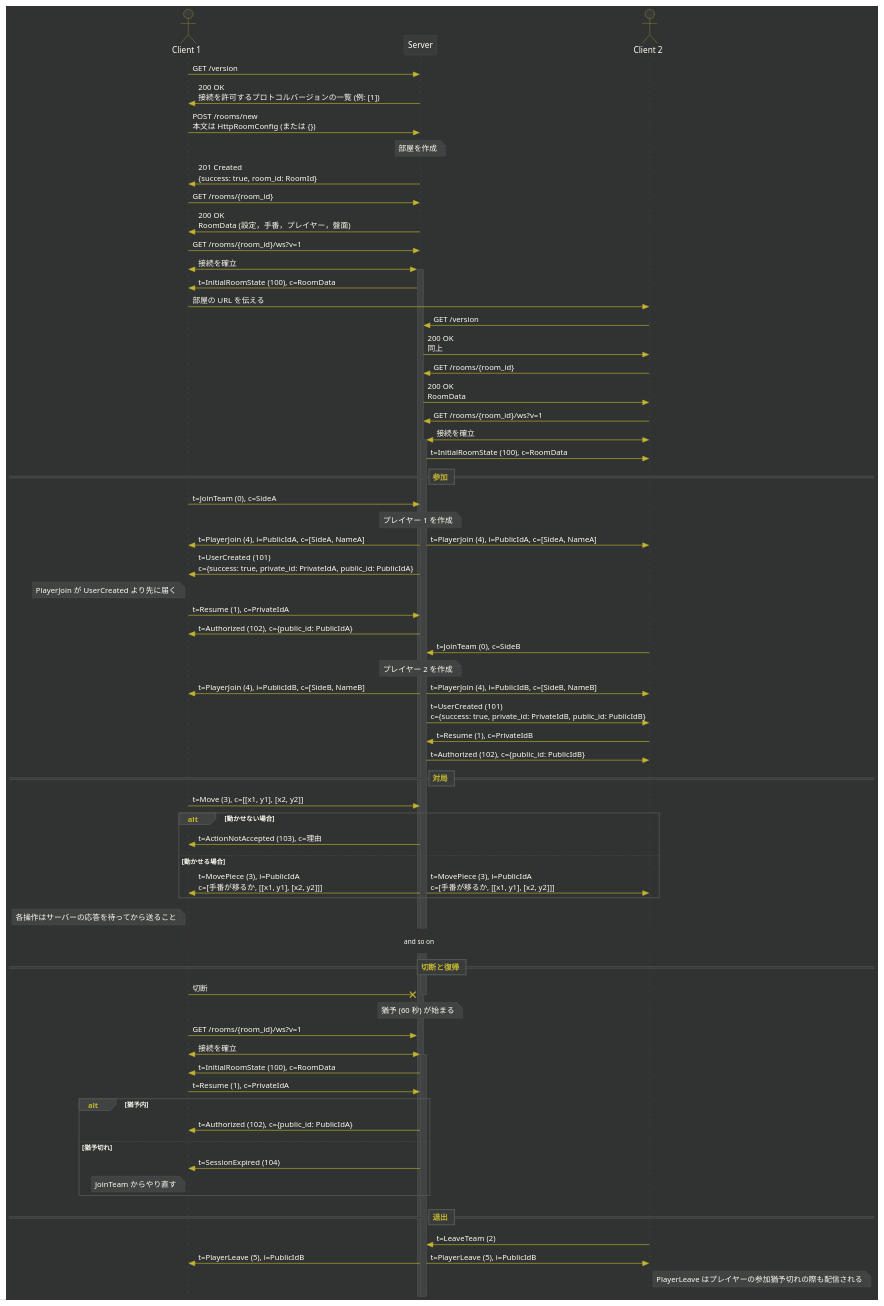
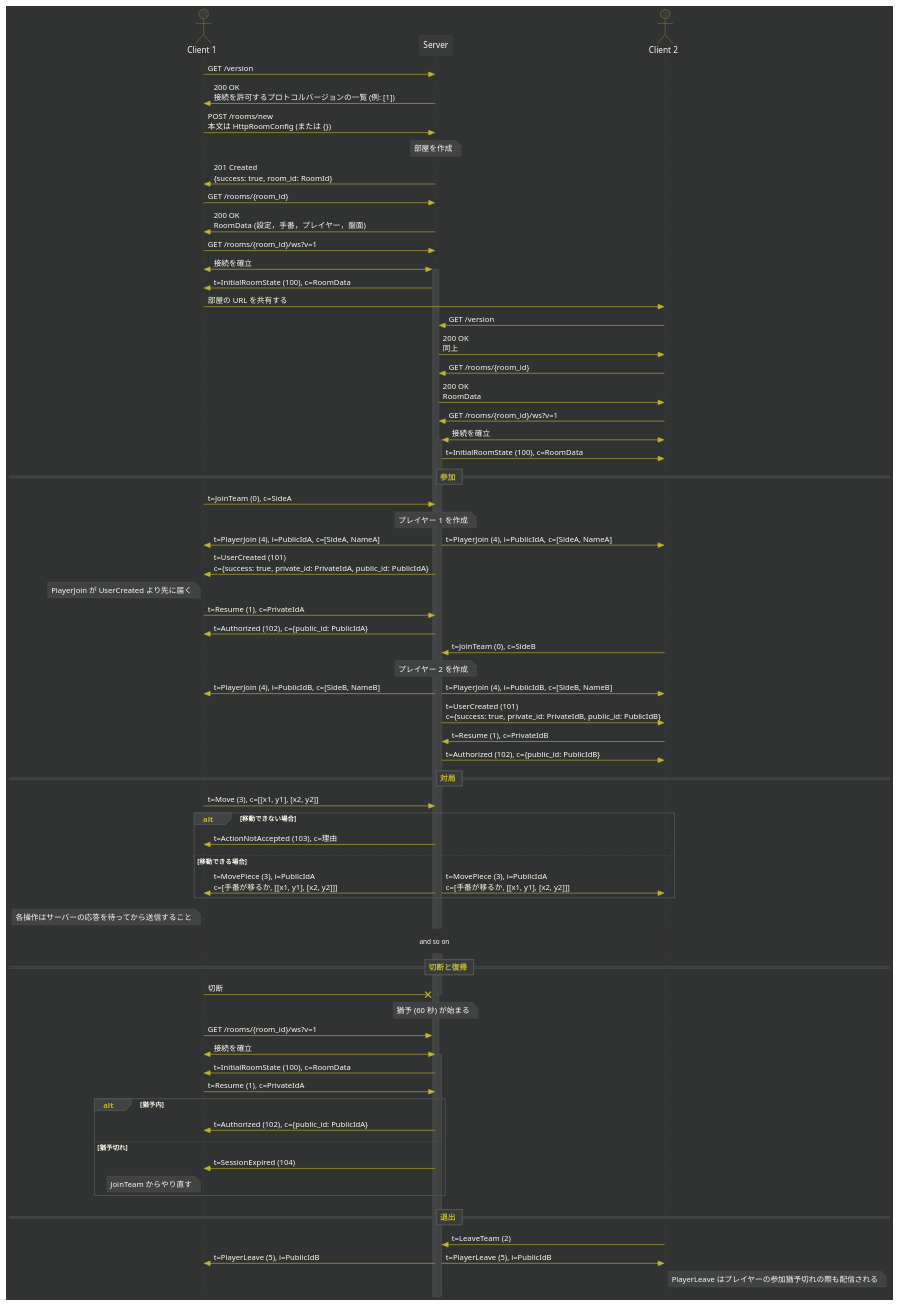
The diagram in res/procedure.pu (yuto0214w/numbers-server), drawn with PlantUML before and after one commit. The commit also changed 5 other files, not shown here.

```diff
--- a/res/procedure.pu
+++ b/res/procedure.pu
@@ -1,144 +1,144 @@
 @startuml name
 
 !pragma teoz true
 
 skinparam style strictuml
 
 <style>
 root {
   BackGroundColor #313332
   FontColor #fffef3
   FontName sans-serif
   LineColor #505452
   Shadowing 0
 }
 sequenceDiagram {
   participant {
     BackGroundColor #393b3a
     LineColor #505452
     FontColor #fffef3
     RoundCorner 6
   }
   actor {
     BackGroundColor #393b3a
     LineColor #c3b531
     FontColor #fffef3
   }
   lifeLine {
     BackGroundColor #414342
     LineColor #505452
   }
   arrow {
     LineColor #c3b531
     FontColor #fffef3
   }
   note {
     BackGroundColor #414342
     LineColor #505452
     FontColor #fffef3
   }
   group {
     LineColor #505452
     FontColor #fffef3
   }
   groupHeader {
     BackGroundColor #414342
     LineColor #505452
     FontColor #c3b531
   }
   separator {
     BackGroundColor #393b3a
     LineColor #505452
     FontColor #c3b531
   }
   delay {
     FontColor #fffef3
     LineColor #505452
   }
 }
 </style>
 
 actor "Client 1" as A
 participant Server
 actor "Client 2" as B
 
 A -> Server: GET /version
 Server -> A: 200 OK\n接続を許可するプロトコルバージョンの一覧 (例: [1])
 A -> Server: POST /rooms/new\n本文は HttpRoomConfig (または {})
 note over Server: 部屋を作成
 Server -> A: 201 Created\n{success: true, room_id: RoomId}
 A -> Server: GET /rooms/{room_id}
 Server -> A: 200 OK\nRoomData (設定，手番，プレイヤー，盤面)
 A -> Server: GET /rooms/{room_id}/ws?v=1
 A <-> Server: 接続を確立
 activate Server
 Server -> A: t=InitialRoomState (100), c=RoomData
 
-A -> B: 部屋の URL を伝える
+A -> B: 部屋の URL を共有する
 
 B -> Server: GET /version
 Server -> B: 200 OK\n同上
 B -> Server: GET /rooms/{room_id}
 Server -> B: 200 OK\nRoomData
 B -> Server: GET /rooms/{room_id}/ws?v=1
 B <-> Server: 接続を確立
 activate Server
 Server -> B: t=InitialRoomState (100), c=RoomData
 
 == 参加 ==
 
 A -> Server: t=JoinTeam (0), c=SideA
 note over Server: プレイヤー 1 を作成
 Server -> A: t=PlayerJoin (4), i=PublicIdA, c=[SideA, NameA]
 & Server -> B: t=PlayerJoin (4), i=PublicIdA, c=[SideA, NameA]
 Server -> A: t=UserCreated (101)\nc={success: true, private_id: PrivateIdA, public_id: PublicIdA}
 note left of A: PlayerJoin が UserCreated より先に届く
 A -> Server: t=Resume (1), c=PrivateIdA
 Server -> A: t=Authorized (102), c={public_id: PublicIdA}
 
 B -> Server: t=JoinTeam (0), c=SideB
 note over Server: プレイヤー 2 を作成
 Server -> A: t=PlayerJoin (4), i=PublicIdB, c=[SideB, NameB]
 & Server -> B: t=PlayerJoin (4), i=PublicIdB, c=[SideB, NameB]
 Server -> B: t=UserCreated (101)\nc={success: true, private_id: PrivateIdB, public_id: PublicIdB}
 B -> Server: t=Resume (1), c=PrivateIdB
 Server -> B: t=Authorized (102), c={public_id: PublicIdB}
 
 == 対局 ==
 
 A -> Server: t=Move (3), c=[[x1, y1], [x2, y2]]
-alt 動かせない場合
+alt 移動できない場合
   Server -> A: t=ActionNotAccepted (103), c=理由
-else 動かせる場合
+else 移動できる場合
   Server -> A: t=MovePiece (3), i=PublicIdA\nc=[手番が移るか, [[x1, y1], [x2, y2]]]
   & Server -> B: t=MovePiece (3), i=PublicIdA\nc=[手番が移るか, [[x1, y1], [x2, y2]]]
 end
-note left of A: 各操作はサーバーの応答を待ってから送ること
+note left of A: 各操作はサーバーの応答を待ってから送信すること
 
 ...and so on...
 
 == 切断と復帰 ==
 
 A ->x Server: 切断
 deactivate Server
 note over Server: 猶予 (60 秒) が始まる
 A -> Server: GET /rooms/{room_id}/ws?v=1
 A <-> Server: 接続を確立
 activate Server
 Server -> A: t=InitialRoomState (100), c=RoomData
 A -> Server: t=Resume (1), c=PrivateIdA
 alt 猶予内
   Server -> A: t=Authorized (102), c={public_id: PublicIdA}
 else 猶予切れ
   Server -> A: t=SessionExpired (104)
   note left of A: JoinTeam からやり直す
 end
 
 == 退出 ==
 
 B -> Server: t=LeaveTeam (2)
 Server -> A: t=PlayerLeave (5), i=PublicIdB
 & Server -> B: t=PlayerLeave (5), i=PublicIdB
 note right of B: PlayerLeave はプレイヤーの参加猶予切れの際も配信される
 
 @enduml
```
